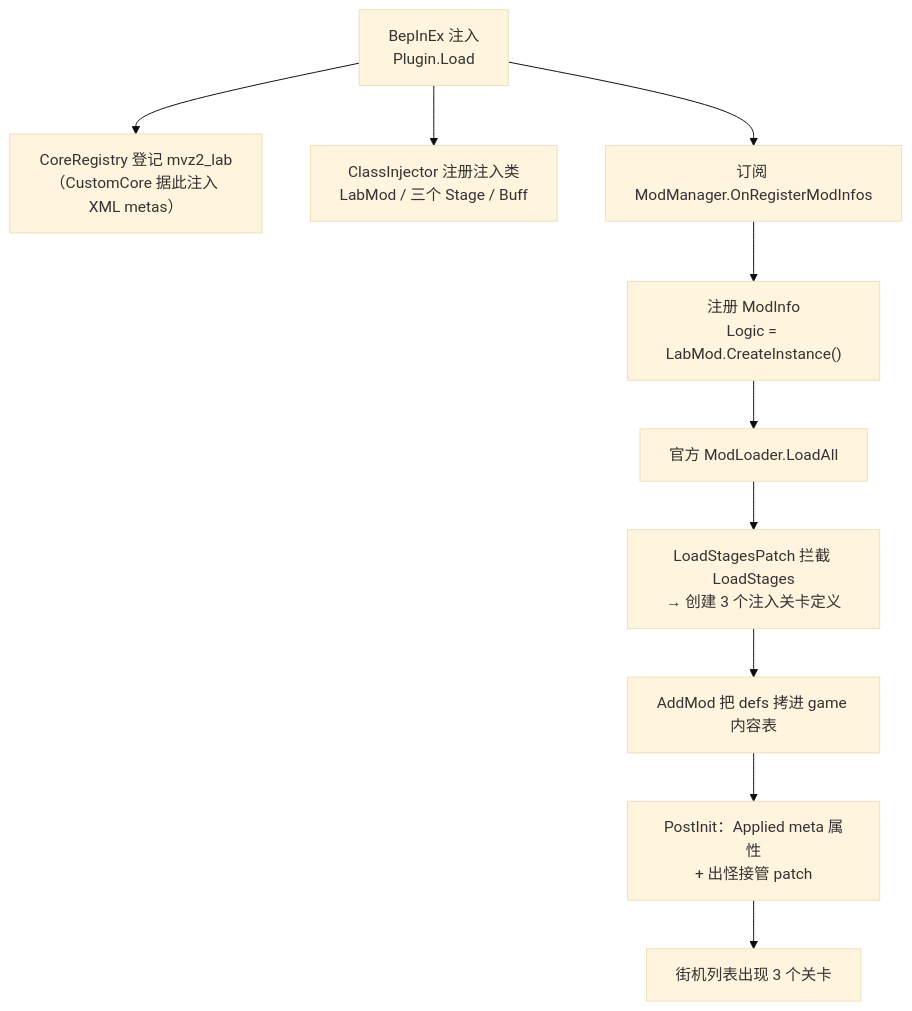
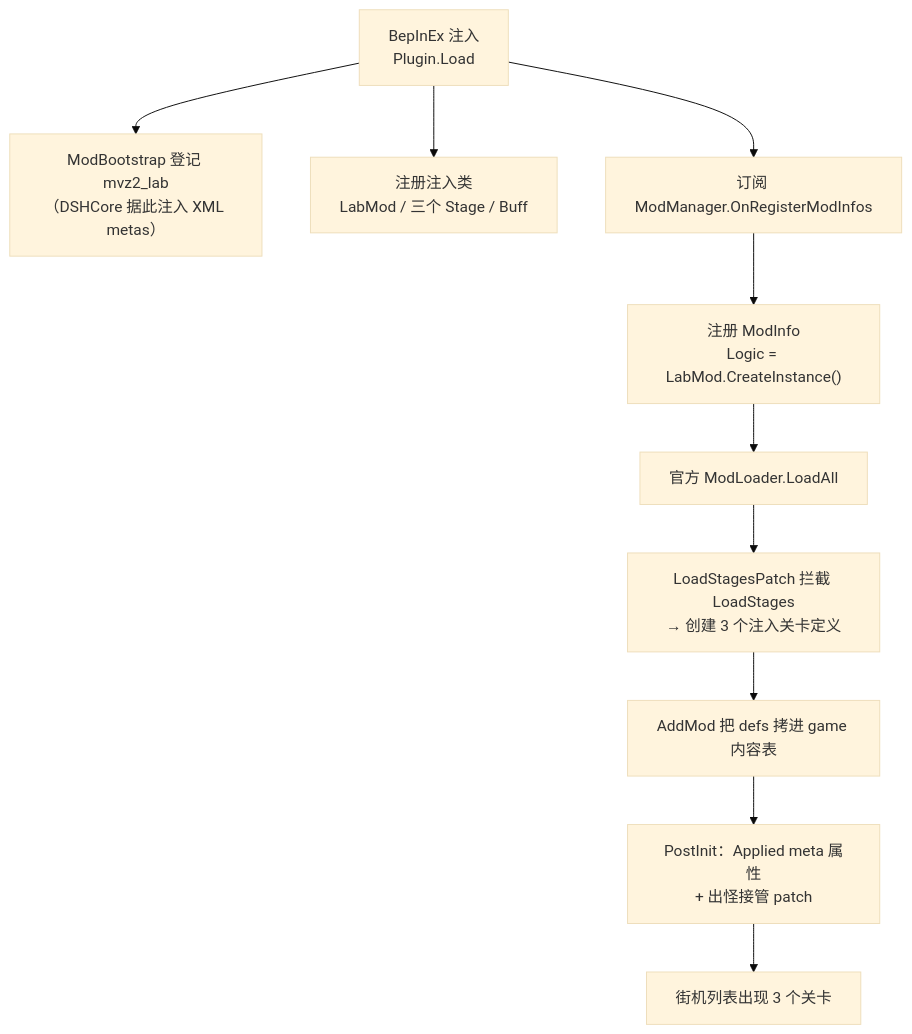
The diagram in LaboratoryMod/README.md (Alhugh233/MVZ2Mod), drawn with Mermaid (base theme) before and after one commit. The commit also changed other lines of this file and 47 other files, not shown here.

````diff
--- a/LaboratoryMod/README.md
+++ b/LaboratoryMod/README.md
@@ -110,12 +109,12 @@
 ```mermaid
 flowchart TD
-    A["BepInEx 注入<br/>Plugin.Load"] --> B["CoreRegistry 登记 mvz2_lab<br/>（CustomCore 据此注入 XML metas）"]
-    A --> C["ClassInjector 注册注入类<br/>LabMod / 三个 Stage / Buff"]
+    A["BepInEx 注入<br/>Plugin.Load"] --> B["ModBootstrap 登记 mvz2_lab<br/>（DSHCore 据此注入 XML metas）"]
+    A --> C["注册注入类<br/>LabMod / 三个 Stage / Buff"]
     A --> D["订阅 ModManager.OnRegisterModInfos"]
     D --> E["注册 ModInfo<br/>Logic = LabMod.CreateInstance()"]
     E --> F["官方 ModLoader.LoadAll"]
     F --> G["LoadStagesPatch 拦截 LoadStages<br/>→ 创建 3 个注入关卡定义"]
     G --> H["AddMod 把 defs 拷进 game 内容表"]
     H --> I["PostInit：Applied meta 属性<br/>+ 出怪接管 patch"]
     I --> J["街机列表出现 3 个关卡"]
 ```
````
